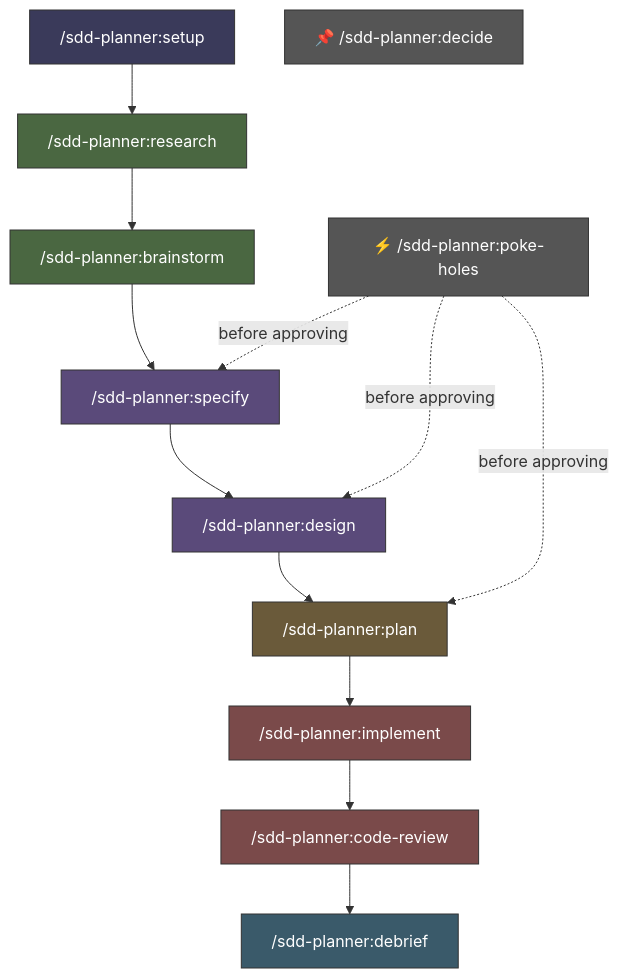
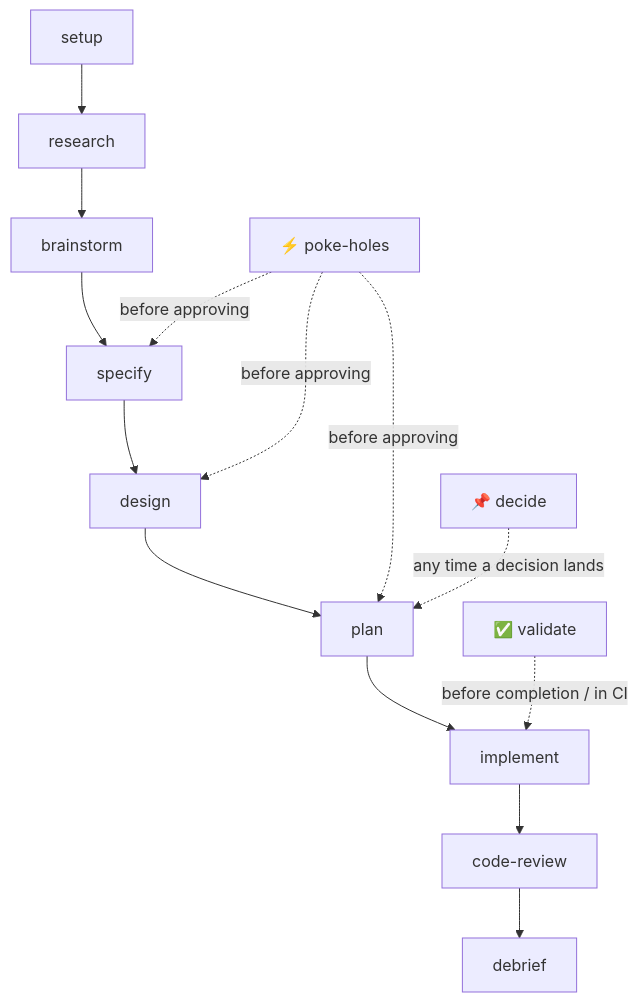
The second of 2 diagrams in README.md (danweinerdev/claude-sdd-planner), drawn with Mermaid before and after one commit. The commit also changed other lines of this file and 2 other files, not shown here.

````diff
--- a/README.md
+++ b/README.md
@@ -117,34 +96,9 @@
 ```mermaid
 graph TD
-    setup["/sdd-planner:setup"] --> research["/sdd-planner:research"]
-    research --> brainstorm["/sdd-planner:brainstorm"]
-    brainstorm --> specify["/sdd-planner:specify"]
-    specify --> design["/sdd-planner:design"]
-    design --> plan["/sdd-planner:plan"]
-    plan --> implement["/sdd-planner:implement"]
-    implement --> codereview["/sdd-planner:code-review"]
-    codereview --> debrief["/sdd-planner:debrief"]
-
-    poke["⚡ /sdd-planner:poke-holes"]
-    decide["📌 /sdd-planner:decide"]
-
-    poke -. "before approving" .-> specify
+    setup["setup"] --> research["research"] --> brainstorm["brainstorm"] --> specify["specify"] --> design["design"] --> plan["plan"] --> implement["implement"] --> codereview["code-review"] --> debrief["debrief"]
+    poke["⚡ poke-holes"] -. "before approving" .-> specify
     poke -. "before approving" .-> design
     poke -. "before approving" .-> plan
-
-    classDef setupC fill:#3a3a5a,stroke:#333,color:#fff
-    classDef discovery fill:#4a6741,stroke:#333,color:#fff
-    classDef definition fill:#5a4a7a,stroke:#333,color:#fff
-    classDef execution fill:#6a5a3a,stroke:#333,color:#fff
-    classDef implementation fill:#7a4a4a,stroke:#333,color:#fff
-    classDef review fill:#3a5a6a,stroke:#333,color:#fff
-    classDef utility fill:#555,stroke:#333,color:#fff
-
-    class setup setupC
-    class research,brainstorm discovery
-    class specify,design definition
-    class plan execution
-    class implement,codereview implementation
-    class debrief review
-    class poke,decide utility
+    decide["📌 decide"] -. "any time a decision lands" .-> plan
+    validate["✅ validate"] -. "before completion / in CI" .-> implement
 ```
````
